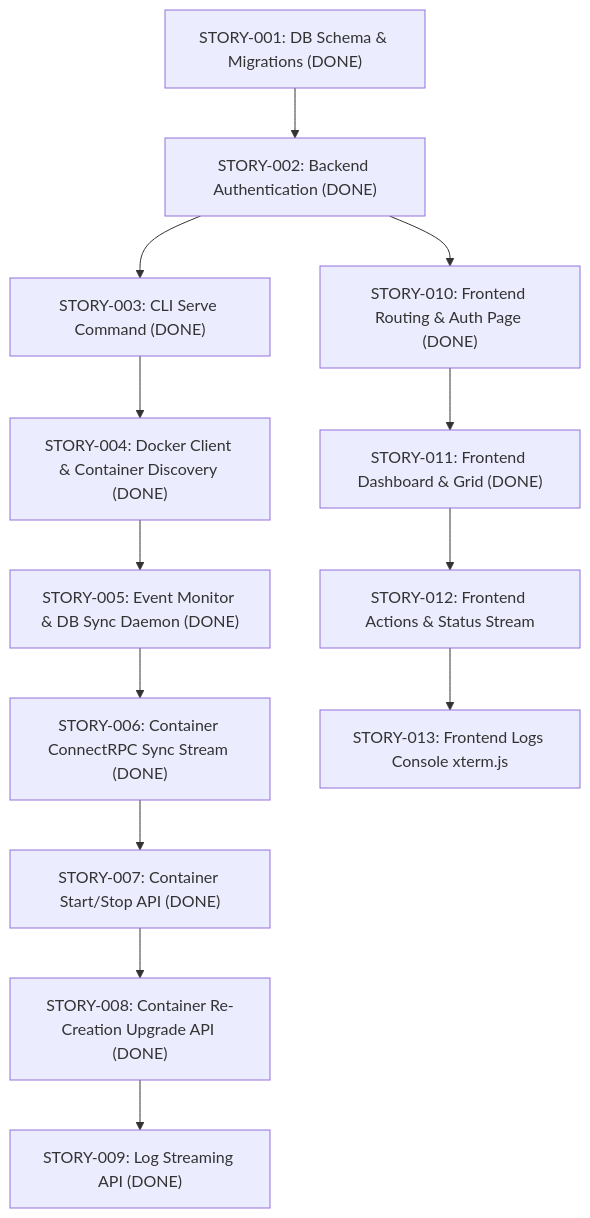
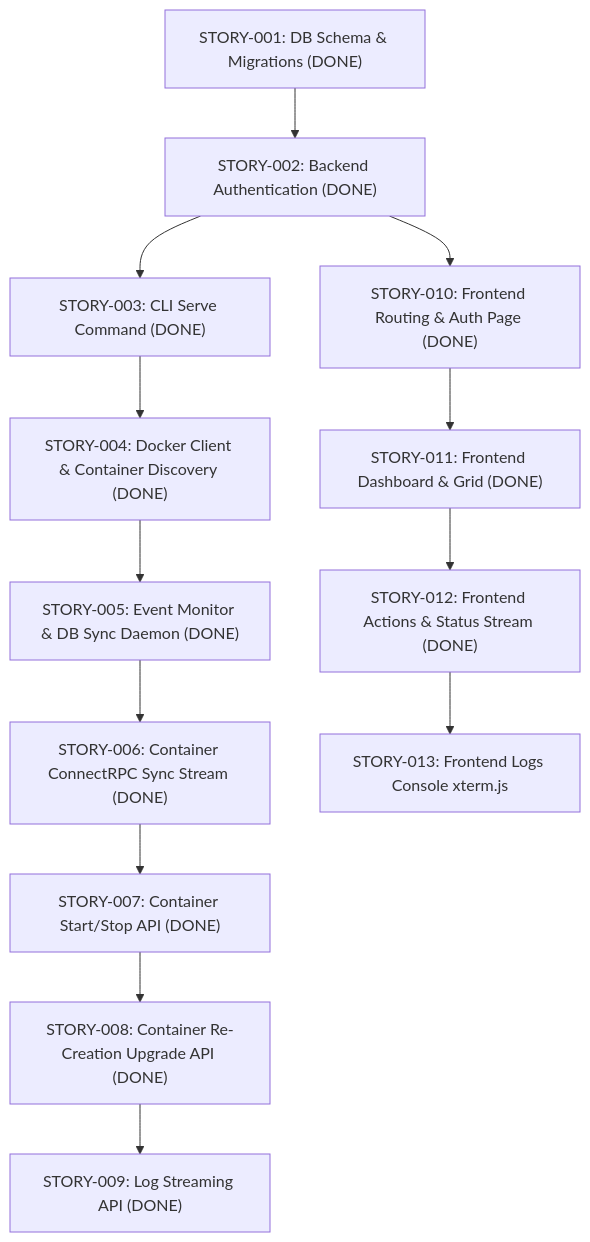
Before and after one commit to noosxe/dmanager: the diagram in docs/stories.md, drawn with Mermaid. The commit also changed other lines of this file and 3 other files, not shown here.

````diff
--- a/docs/stories.md
+++ b/docs/stories.md
@@ -5,15 +5,15 @@
 ```mermaid
 graph TD
     S1["STORY-001: DB Schema & Migrations (DONE)"] --> S2["STORY-002: Backend Authentication (DONE)"]
     S2 --> S3["STORY-003: CLI Serve Command (DONE)"]
     S3 --> S4["STORY-004: Docker Client & Container Discovery (DONE)"]
     S4 --> S5["STORY-005: Event Monitor & DB Sync Daemon (DONE)"]
     S5 --> S6["STORY-006: Container ConnectRPC Sync Stream (DONE)"]
     S6 --> S7["STORY-007: Container Start/Stop API (DONE)"]
     S7 --> S8["STORY-008: Container Re-Creation Upgrade API (DONE)"]
     S8 --> S9["STORY-009: Log Streaming API (DONE)"]
     S2 --> F1["STORY-010: Frontend Routing & Auth Page (DONE)"]
     F1 --> F2["STORY-011: Frontend Dashboard & Grid (DONE)"]
-    F2 --> F3[STORY-012: Frontend Actions & Status Stream]
+    F2 --> F3["STORY-012: Frontend Actions & Status Stream (DONE)"]
     F3 --> F4[STORY-013: Frontend Logs Console xterm.js]
 ```
````
